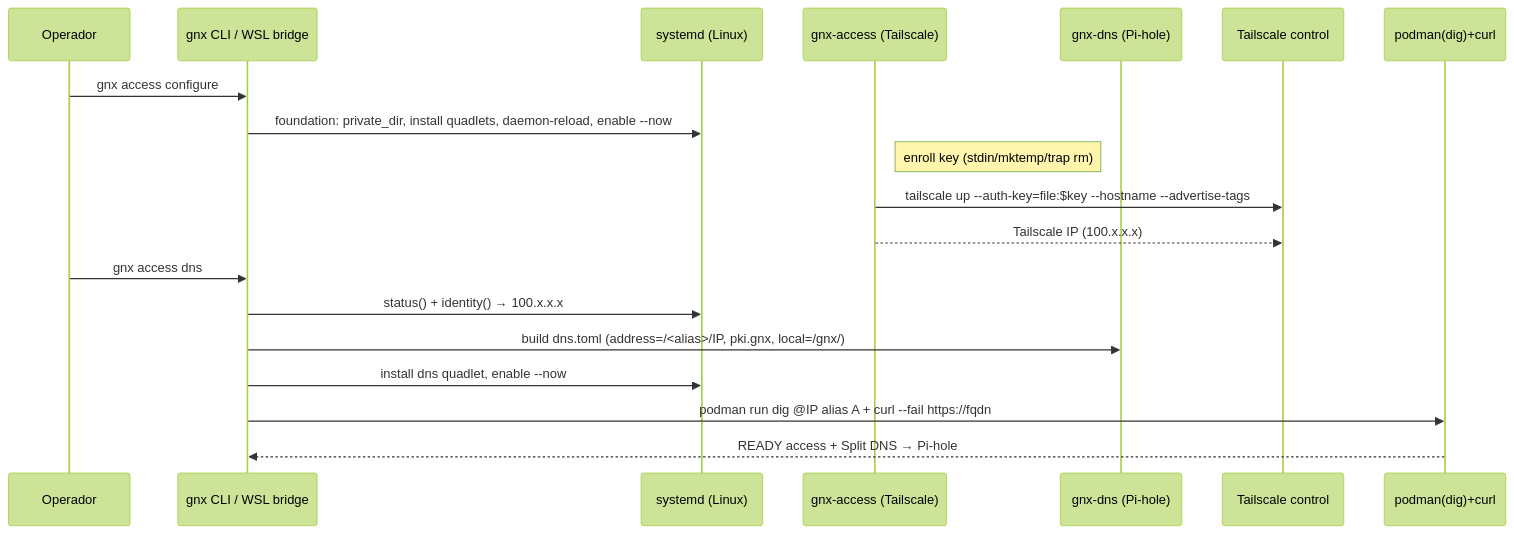
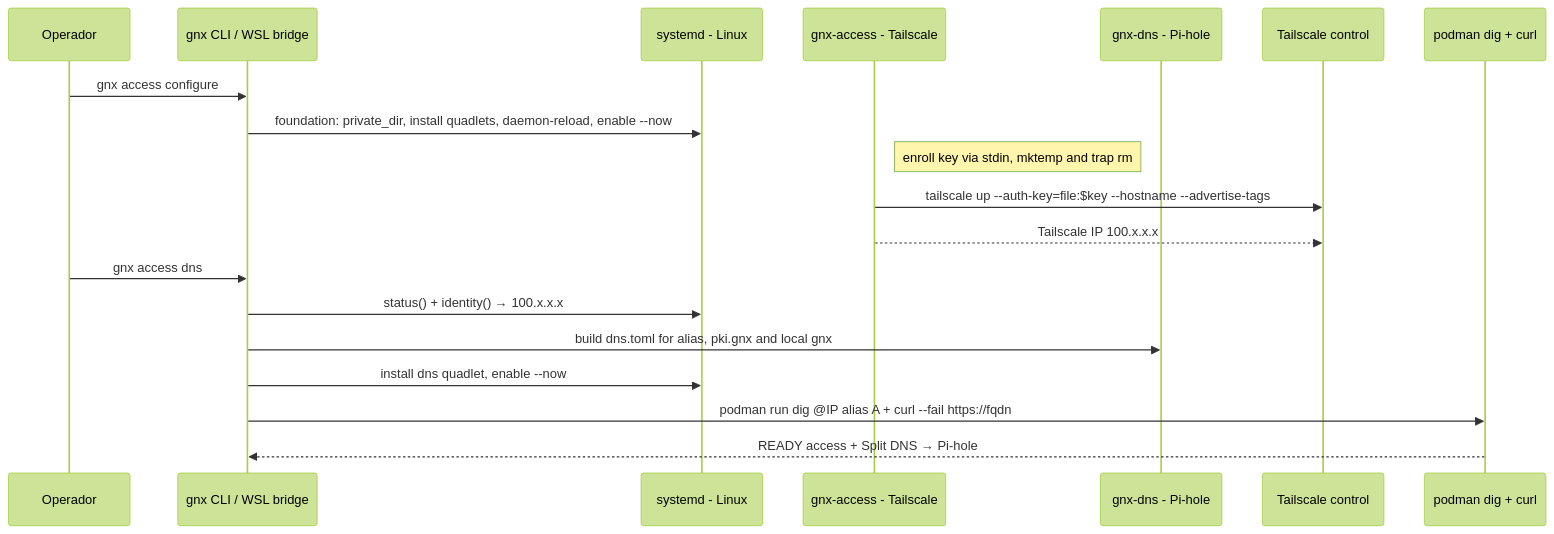
One commit to mayas-alas/quetzalcoatl changed the second of 6 diagrams in docs/arquitectura.md. Above: the diagram before and after it, drawn with Mermaid (forest theme). The commit also changed other lines of this file, not shown here.

````diff
--- a/docs/arquitectura.md
+++ b/docs/arquitectura.md
@@ -73,22 +73,22 @@
 ```mermaid
 sequenceDiagram
     participant OP as Operador
     participant CLI as gnx CLI / WSL bridge
-    participant SYS as systemd (Linux)
-    participant TS as gnx-access (Tailscale)
-    participant PH as gnx-dns (Pi-hole)
+    participant SYS as systemd - Linux
+    participant TS as gnx-access - Tailscale
+    participant PH as gnx-dns - Pi-hole
     participant TSCTRL as Tailscale control
-    participant DNSCHK as podman(dig)+curl
+    participant DNSCHK as podman dig + curl
 
     OP->>CLI: gnx access configure
     CLI->>SYS: foundation: private_dir, install quadlets, daemon-reload, enable --now
-    Note right of TS: enroll key (stdin/mktemp/trap rm)
+    Note right of TS: enroll key via stdin, mktemp and trap rm
     TS->>TSCTRL: tailscale up --auth-key=file:$key --hostname --advertise-tags
-    TS-->>TSCTRL: Tailscale IP (100.x.x.x)
+    TS-->>TSCTRL: Tailscale IP 100.x.x.x
     OP->>CLI: gnx access dns
     CLI->>SYS: status() + identity() → 100.x.x.x
-    CLI->>PH: build dns.toml (address=/<alias>/IP, pki.gnx, local=/gnx/)
+    CLI->>PH: build dns.toml for alias, pki.gnx and local gnx
     CLI->>SYS: install dns quadlet, enable --now
     CLI->>DNSCHK: podman run dig @IP alias A + curl --fail https://fqdn
     DNSCHK-->>CLI: READY access + Split DNS → Pi-hole
 ```
````
